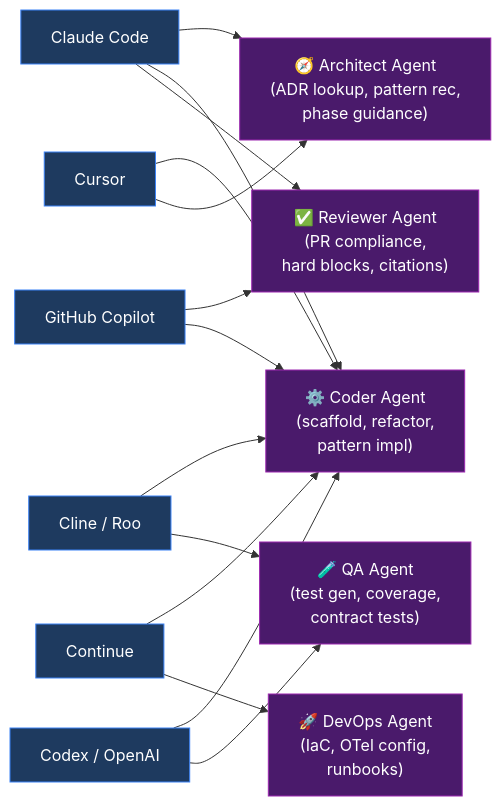
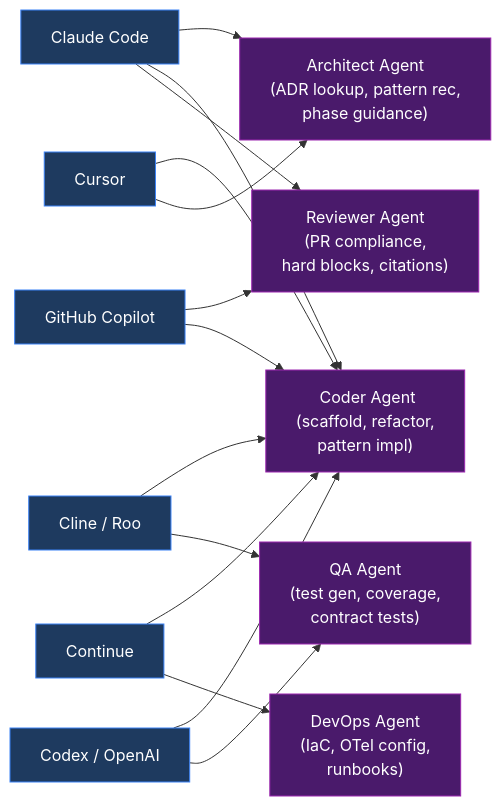
One commit to beyondnetcode/evolith_arch32 changed the second of 4 diagrams in reference/governance/standards/ai-augmented/08-architecture-ai-assistant/visuals/v09-ai-ecosystem.md. Above: the diagram before and after it, drawn with Mermaid. The commit also changed other lines of this file and 41 other files, not shown here.

````diff
--- a/reference/governance/standards/ai-augmented/08-architecture-ai-assistant/visuals/v09-ai-ecosystem.md
+++ b/reference/governance/standards/ai-augmented/08-architecture-ai-assistant/visuals/v09-ai-ecosystem.md
@@ -79,26 +79,26 @@
 ```mermaid
 flowchart LR
     classDef tool fill:#1e3a5f,stroke:#3b82f6,color:#fff
     classDef agent fill:#4a1a6b,stroke:#9c27b0,color:#fff
     classDef use fill:#14532d,stroke:#22c55e,color:#fff,font-size:12px
 
     CLAUDE["Claude Code"]:::tool
     CURSOR["Cursor"]:::tool
     CLINE["Cline / Roo"]:::tool
     COPILOT["GitHub Copilot"]:::tool
     CODEX["Codex / OpenAI"]:::tool
     CONTINUE["Continue"]:::tool
 
-    ARCH["🧭 Architect Agent\n(ADR lookup, pattern rec,\nphase guidance)"]:::agent
-    CODER["⚙️ Coder Agent\n(scaffold, refactor,\npattern impl)"]:::agent
-    REVIEW["✅ Reviewer Agent\n(PR compliance,\nhard blocks, citations)"]:::agent
-    QA["🧪 QA Agent\n(test gen, coverage,\ncontract tests)"]:::agent
-    DEVOPS["🚀 DevOps Agent\n(IaC, OTel config,\nrunbooks)"]:::agent
+    ARCH[" Architect Agent\n(ADR lookup, pattern rec,\nphase guidance)"]:::agent
+    CODER["️ Coder Agent\n(scaffold, refactor,\npattern impl)"]:::agent
+    REVIEW[" Reviewer Agent\n(PR compliance,\nhard blocks, citations)"]:::agent
+    QA[" QA Agent\n(test gen, coverage,\ncontract tests)"]:::agent
+    DEVOPS[" DevOps Agent\n(IaC, OTel config,\nrunbooks)"]:::agent
 
     CLAUDE --> ARCH & CODER & REVIEW
     CURSOR --> CODER & ARCH
     CLINE --> CODER & QA
     COPILOT --> REVIEW & CODER
     CODEX --> CODER & QA
     CONTINUE --> CODER & DEVOPS
 ```
````
